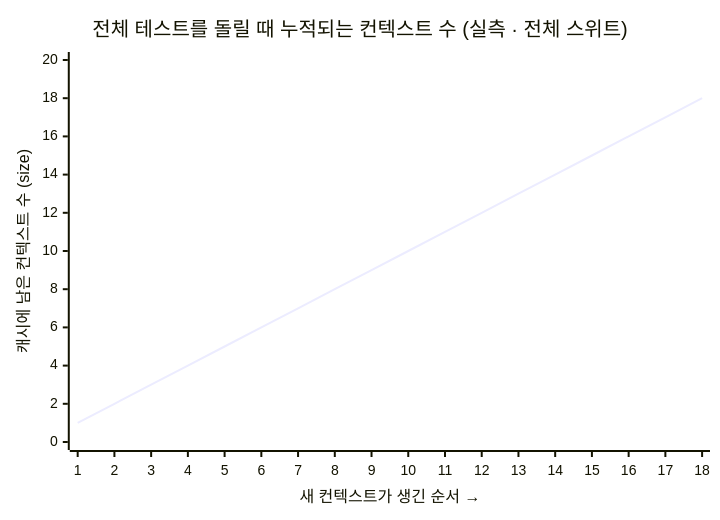
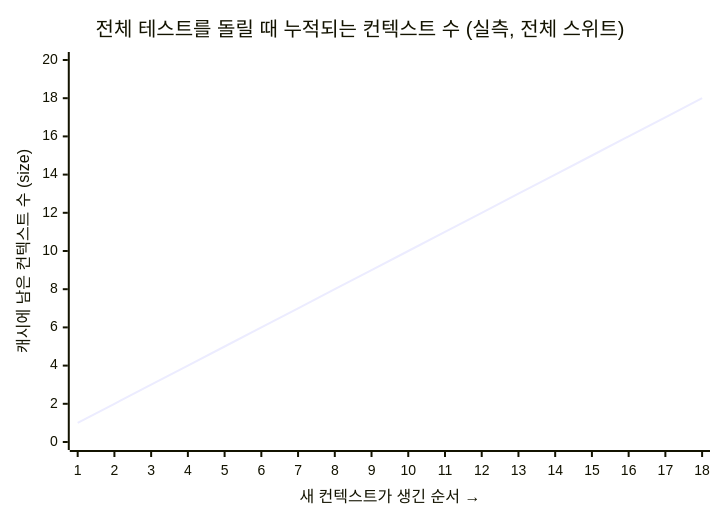
Before and after one commit to johnycho/johny-dev: the third of 6 diagrams in blog/2026-08-03-spring-datajpatest-context-oom.mdx, drawn with Mermaid. The commit also changed other lines of this file and 188 other files, not shown here.

````diff
--- a/blog/2026-08-03-spring-datajpatest-context-oom.mdx
+++ b/blog/2026-08-03-spring-datajpatest-context-oom.mdx
@@ -168,7 +168,7 @@
 ```mermaid
 xychart-beta
-    title "전체 테스트를 돌릴 때 누적되는 컨텍스트 수 (실측 · 전체 스위트)"
+    title "전체 테스트를 돌릴 때 누적되는 컨텍스트 수 (실측, 전체 스위트)"
     x-axis "새 컨텍스트가 생긴 순서 →" [1,2,3,4,5,6,7,8,9,10,11,12,13,14,15,16,17,18]
     y-axis "캐시에 남은 컨텍스트 수 (size)" 0 --> 20
     line [1,2,3,4,5,6,7,8,9,10,11,12,13,14,15,16,17,18]
 ```
````
